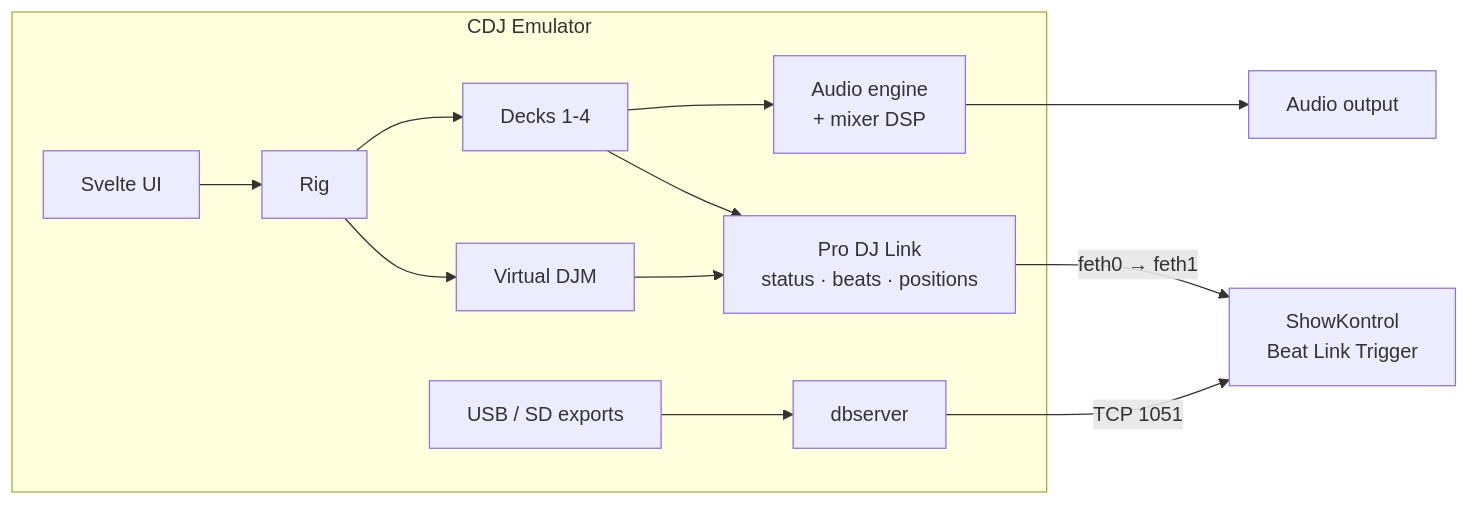
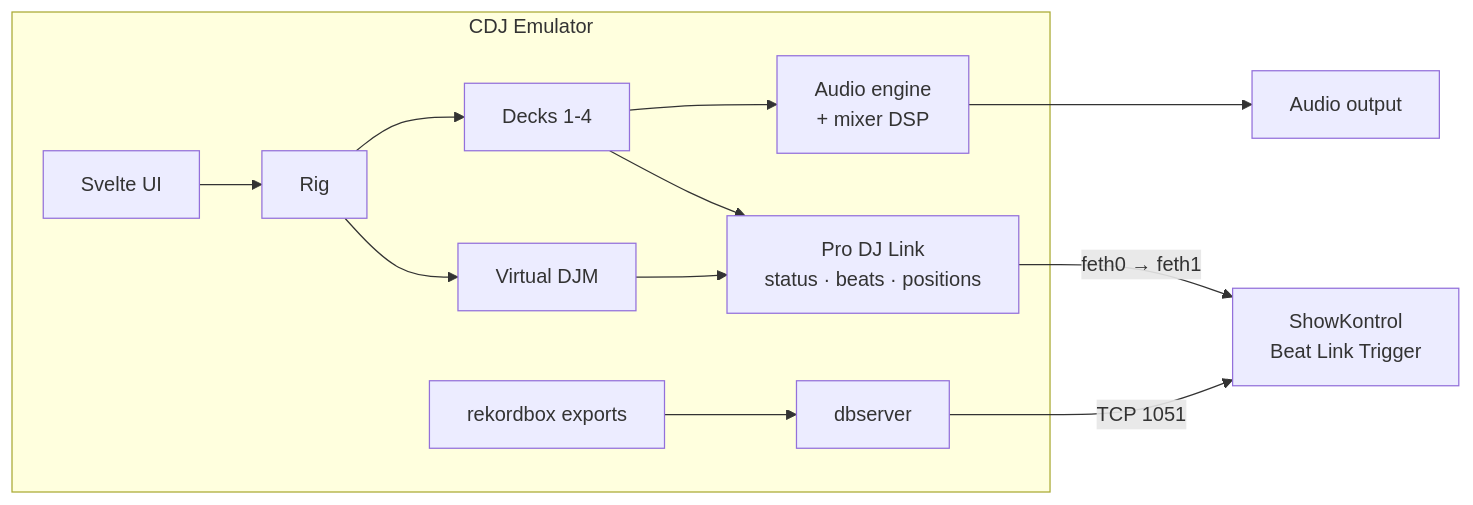
The diagram in README.md (OllieCross/CDJ_DJM_Emulator), drawn with Mermaid before and after one commit. The commit also changed other lines of this file and 36 other files, not shown here.

````diff
--- a/README.md
+++ b/README.md
@@ -206,15 +226,15 @@
 ```mermaid
 flowchart LR
   subgraph app["CDJ Emulator"]
     ui["Svelte UI"] --> rig["Rig"]
     rig --> decks["Decks 1-4"]
     rig --> djm["Virtual DJM"]
     decks --> engine["Audio engine<br/>+ mixer DSP"]
-    media["USB / SD exports"] --> db["dbserver"]
+    media["rekordbox exports"] --> db["dbserver"]
     decks --> pdl["Pro DJ Link<br/>status · beats · positions"]
     djm --> pdl
   end
   engine --> out["Audio output"]
   pdl -- "feth0 → feth1" --> clients["ShowKontrol<br/>Beat Link Trigger"]
   db -- "TCP 1051" --> clients
 ```
````
